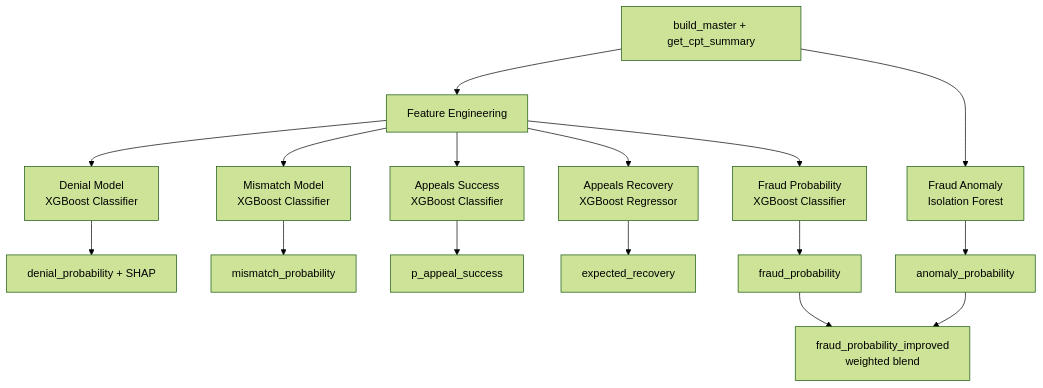
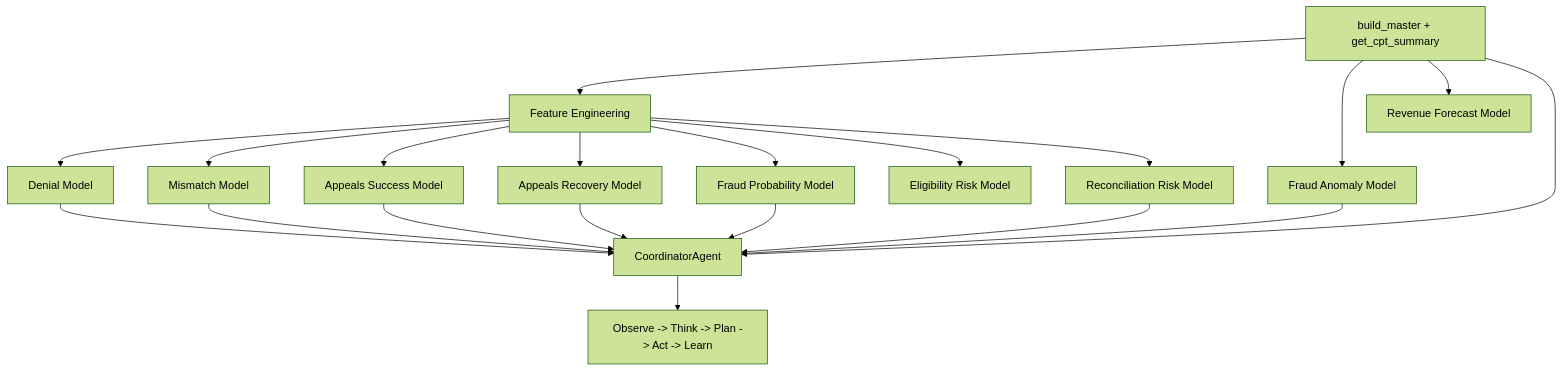
One commit to pranaya-mathur/rcm_agent changed the second of 2 diagrams in README.md. Above: the diagram before and after it, drawn with Mermaid (forest theme). The commit also changed other lines of this file, not shown here.

First line of the commit message:
Update README to match current prototype and run flow.

````diff
--- a/README.md
+++ b/README.md
@@ -34,20 +59,22 @@
 ```mermaid
 flowchart TD
     A[build_master + get_cpt_summary] --> B[Feature Engineering]
-    B --> C1[Denial Model<br/>XGBoost Classifier]
-    B --> C2[Mismatch Model<br/>XGBoost Classifier]
-    B --> C3[Appeals Success<br/>XGBoost Classifier]
-    B --> C4[Appeals Recovery<br/>XGBoost Regressor]
-    B --> C5[Fraud Probability<br/>XGBoost Classifier]
-    A --> C6[Fraud Anomaly<br/>Isolation Forest]
-
-    C1 --> D1[denial_probability + SHAP]
-    C2 --> D2[mismatch_probability]
-    C3 --> D3[p_appeal_success]
-    C4 --> D4[expected_recovery]
-    C5 --> D5[fraud_probability]
-    C6 --> D6[anomaly_probability]
-
-    D5 --> E[fraud_probability_improved<br/>weighted blend]
-    D6 --> E
+    B --> C1[Denial Model]
+    B --> C2[Mismatch Model]
+    B --> C3[Appeals Success Model]
+    B --> C4[Appeals Recovery Model]
+    B --> C5[Fraud Probability Model]
+    B --> C6[Eligibility Risk Model]
+    B --> C7[Reconciliation Risk Model]
+    A --> C8[Fraud Anomaly Model]
+    A --> C9[Revenue Forecast Model]
+    A --> D[CoordinatorAgent]
+    C1 --> D
+    C2 --> D
+    C3 --> D
+    C4 --> D
+    C5 --> D
+    C8 --> D
+    C7 --> D
+    D --> E[Observe -> Think -> Plan -> Act -> Learn]
 ```
````
